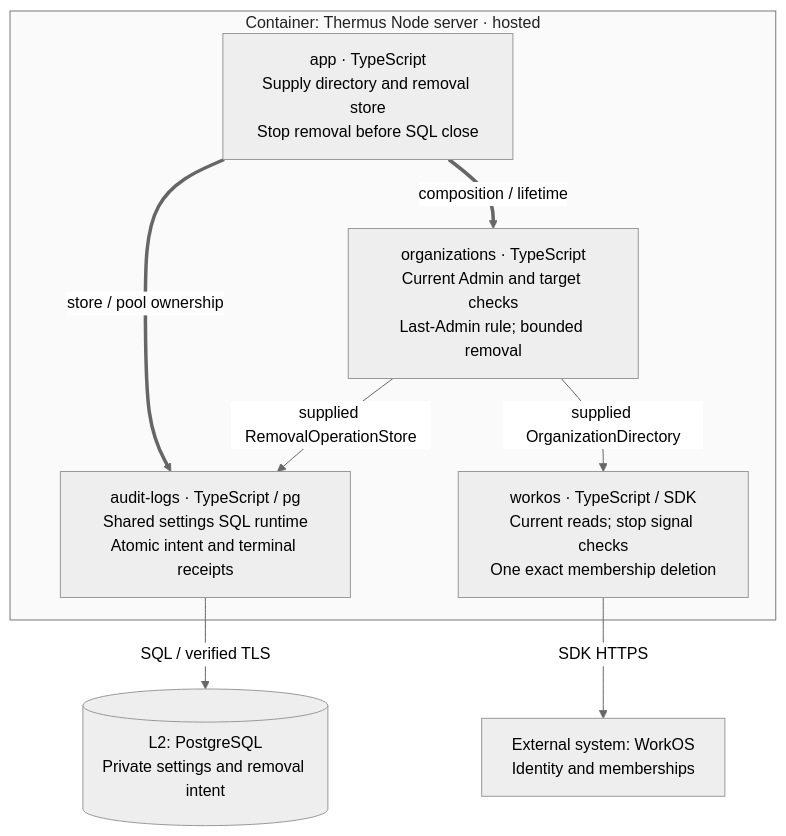
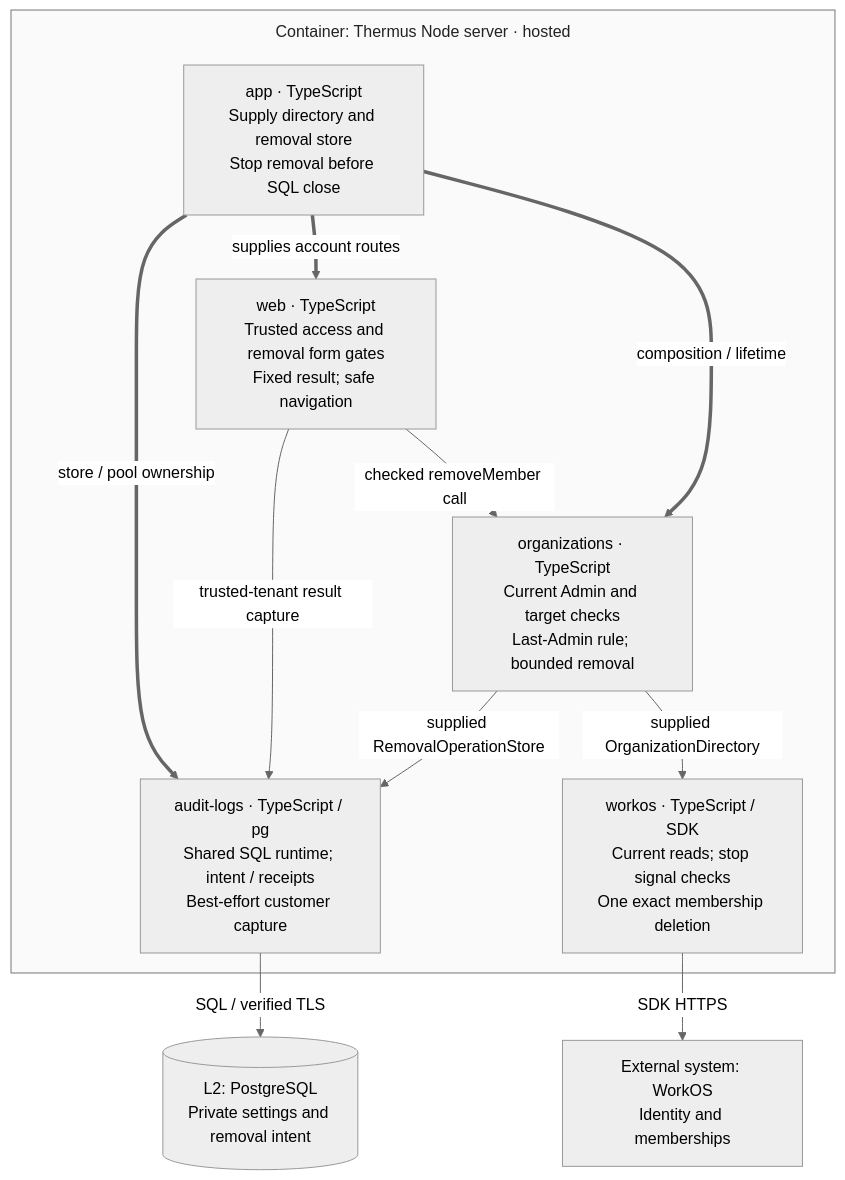
Before and after one commit to tomer-mayara/Thermus: the sixth of 15 diagrams in architecture/components.md, drawn with Mermaid (neutral theme). The commit also changed other lines of this file and 38 other files, not shown here.

Commit message:
Add checked Members removal and safe self-removal navigation

````diff
--- a/architecture/components.md
+++ b/architecture/components.md
@@ -263,19 +264,23 @@
 ```mermaid
-%%{init: {"flowchart": {"wrappingWidth": 230, "nodeSpacing": 35, "rankSpacing": 45}}}%%
+%%{init: {"flowchart": {"wrappingWidth": 180, "nodeSpacing": 45, "rankSpacing": 40, "subGraphTitleMargin": {"top": 10, "bottom": 25}}}}%%
 flowchart TB
   subgraph removal_server["Container: Thermus Node server · hosted"]
+    removal_web["web · TypeScript<br/>Trusted access and removal form gates<br/>Fixed result; safe navigation"]
     removal_app["app · TypeScript<br/>Supply directory and removal store<br/>Stop removal before SQL close"]
     removal_org["organizations · TypeScript<br/>Current Admin and target checks<br/>Last-Admin rule; bounded removal"]
-    removal_audit["audit-logs · TypeScript / pg<br/>Shared settings SQL runtime<br/>Atomic intent and terminal receipts"]
+    removal_audit["audit-logs · TypeScript / pg<br/>Shared SQL runtime; intent / receipts<br/>Best-effort customer capture"]
     removal_workos["workos · TypeScript / SDK<br/>Current reads; stop signal checks<br/>One exact membership deletion"]
+    removal_app ==>|supplies account routes| removal_web
+    removal_web -->|checked removeMember call| removal_org
     removal_app ==>|composition / lifetime| removal_org
     removal_app ==>|store / pool ownership| removal_audit
+    removal_web -->|trusted-tenant result capture| removal_audit
     removal_org -->|supplied RemovalOperationStore| removal_audit
     removal_org -->|supplied OrganizationDirectory| removal_workos
   end
   removal_db[("L2: PostgreSQL<br/>Private settings and removal intent")]
   removal_provider["External system: WorkOS<br/>Identity and memberships"]
   removal_audit -->|SQL / verified TLS| removal_db
   removal_workos -->|SDK HTTPS| removal_provider
   style removal_server fill:#fafafa,stroke:#777777,color:#222222
 ```
````
